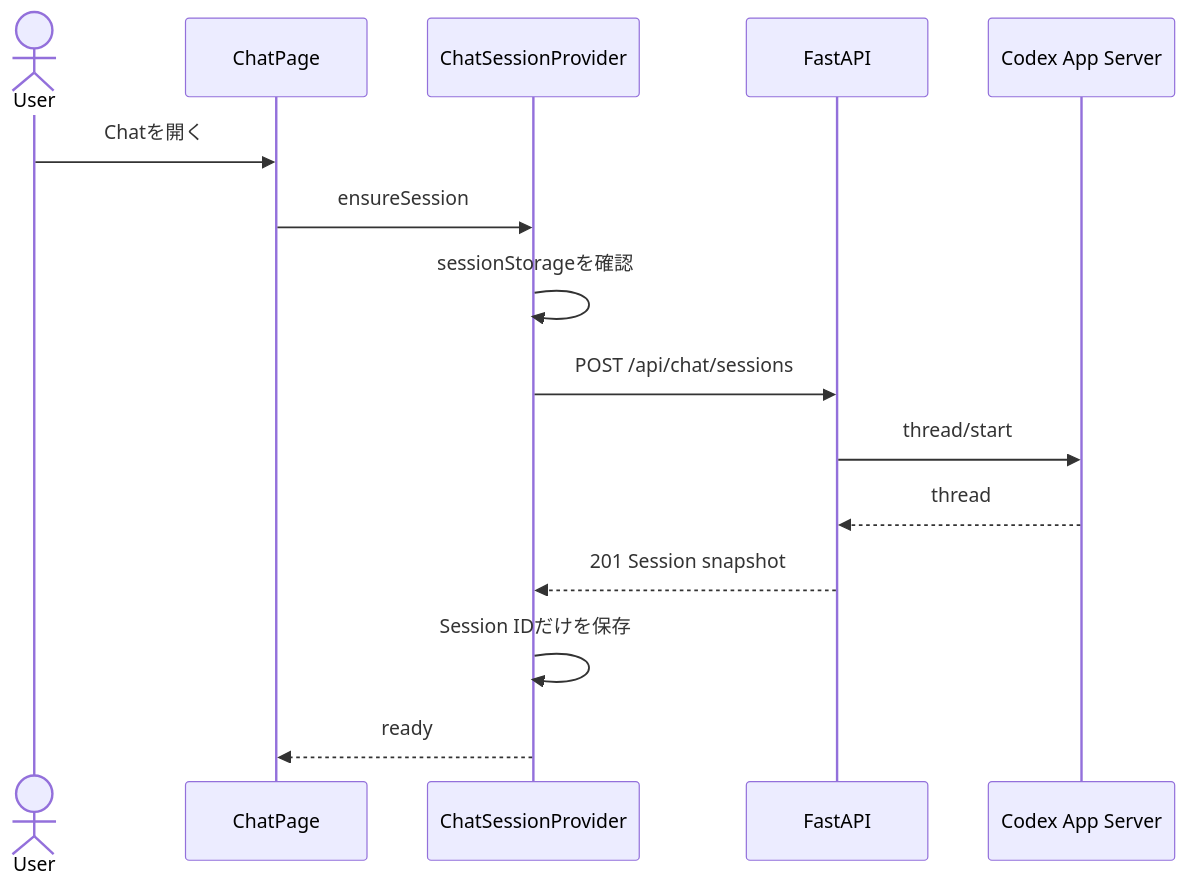
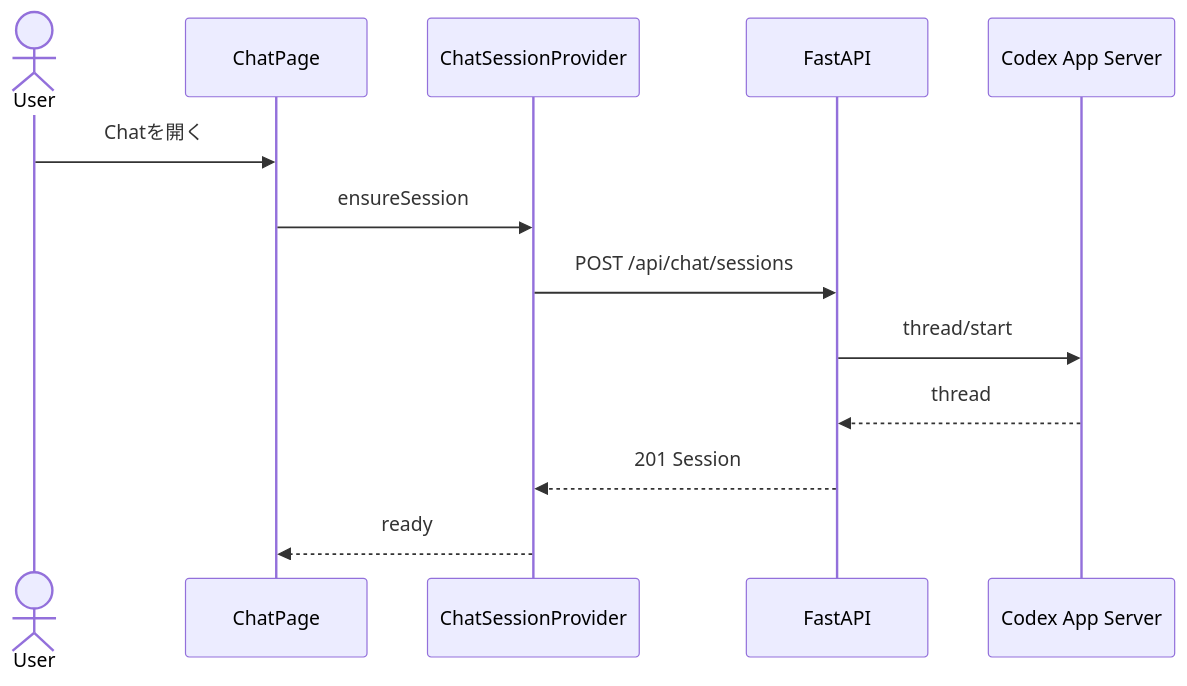
Before and after one commit to Futaw/GHAgentDev: the first of 2 diagrams in docs/phase-0-chat-recovery-detailed-design.md, drawn with Mermaid. The commit also changed other lines of this file and 5 other files, not shown here.

````diff
--- a/docs/phase-0-chat-recovery-detailed-design.md
+++ b/docs/phase-0-chat-recovery-detailed-design.md
@@ -138,18 +132,16 @@
 ```mermaid
 sequenceDiagram
     actor User
     participant Page as ChatPage
     participant Provider as ChatSessionProvider
     participant API as FastAPI
     participant Codex as Codex App Server
 
     User->>Page: Chatを開く
     Page->>Provider: ensureSession
-    Provider->>Provider: sessionStorageを確認
     Provider->>API: POST /api/chat/sessions
     API->>Codex: thread/start
     Codex-->>API: thread
-    API-->>Provider: 201 Session snapshot
-    Provider->>Provider: Session IDだけを保存
+    API-->>Provider: 201 Session
     Provider-->>Page: ready
 ```
````
